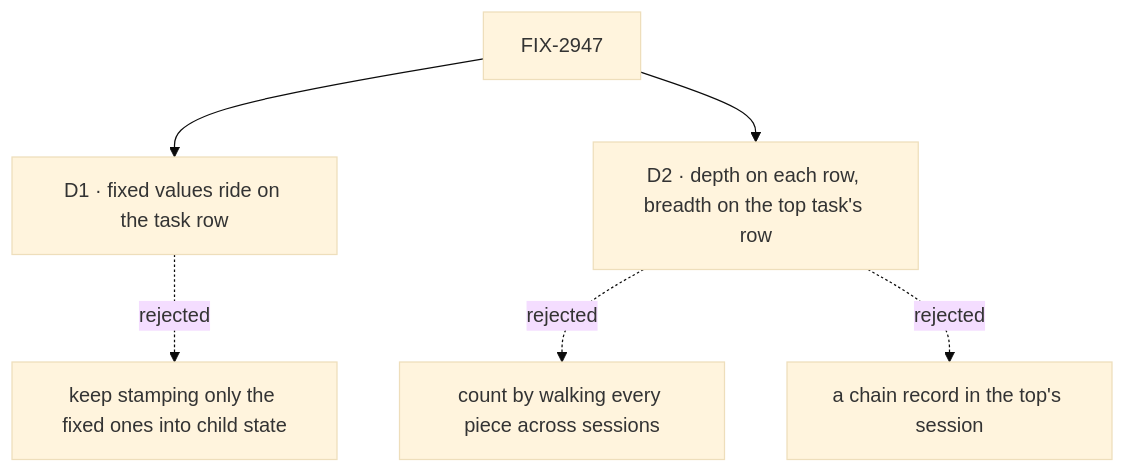
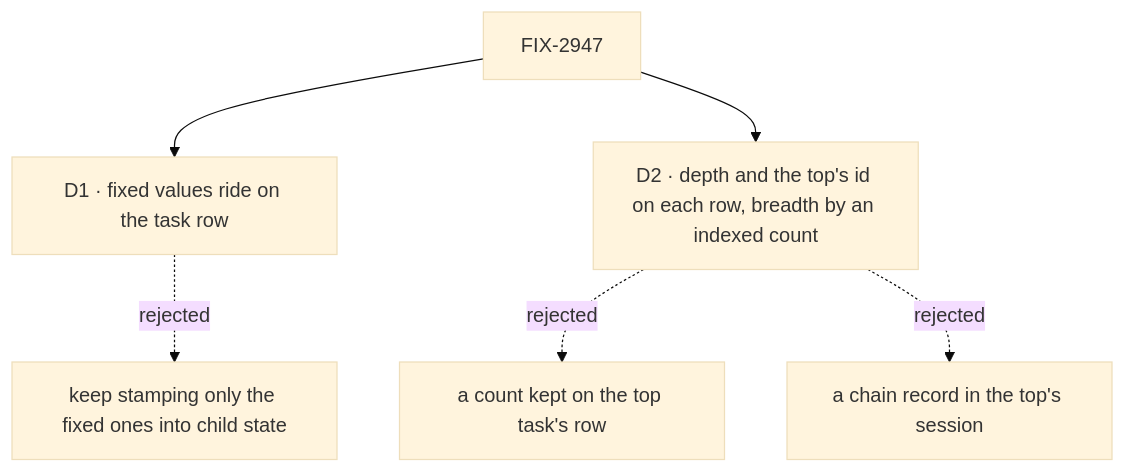
Before and after one commit to fixpoint-labs/flow-state-dev: the diagram in specs/issues/FIX-2947/DECISIONS.md, drawn with Mermaid (base theme). The commit also changed other lines of this file and 15 other files, not shown here.

````diff
--- a/specs/issues/FIX-2947/DECISIONS.md
+++ b/specs/issues/FIX-2947/DECISIONS.md
@@ -11,8 +11,8 @@
 ```mermaid
 flowchart TD
   I["FIX-2947"] --> D1["D1 · fixed values ride on the task row"]
   D1 -.->|"rejected"| X1["keep stamping only the fixed ones into child state"]
-  I --> D2["D2 · depth on each row, breadth on the top task's row"]
-  D2 -.->|"rejected"| X2["count by walking every piece across sessions"]
+  I --> D2["D2 · depth and the top's id on each row, breadth by an indexed count"]
+  D2 -.->|"rejected"| X2["a count kept on the top task's row"]
   D2 -.->|"rejected"| X3["a chain record in the top's session"]
 ```
````
